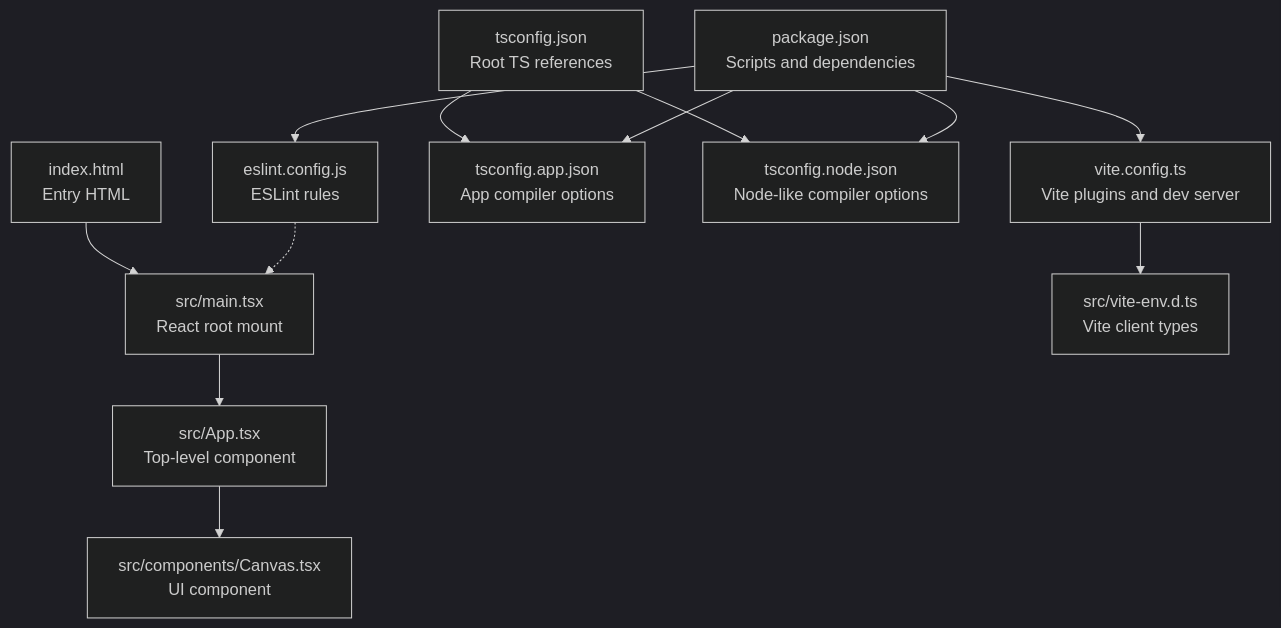
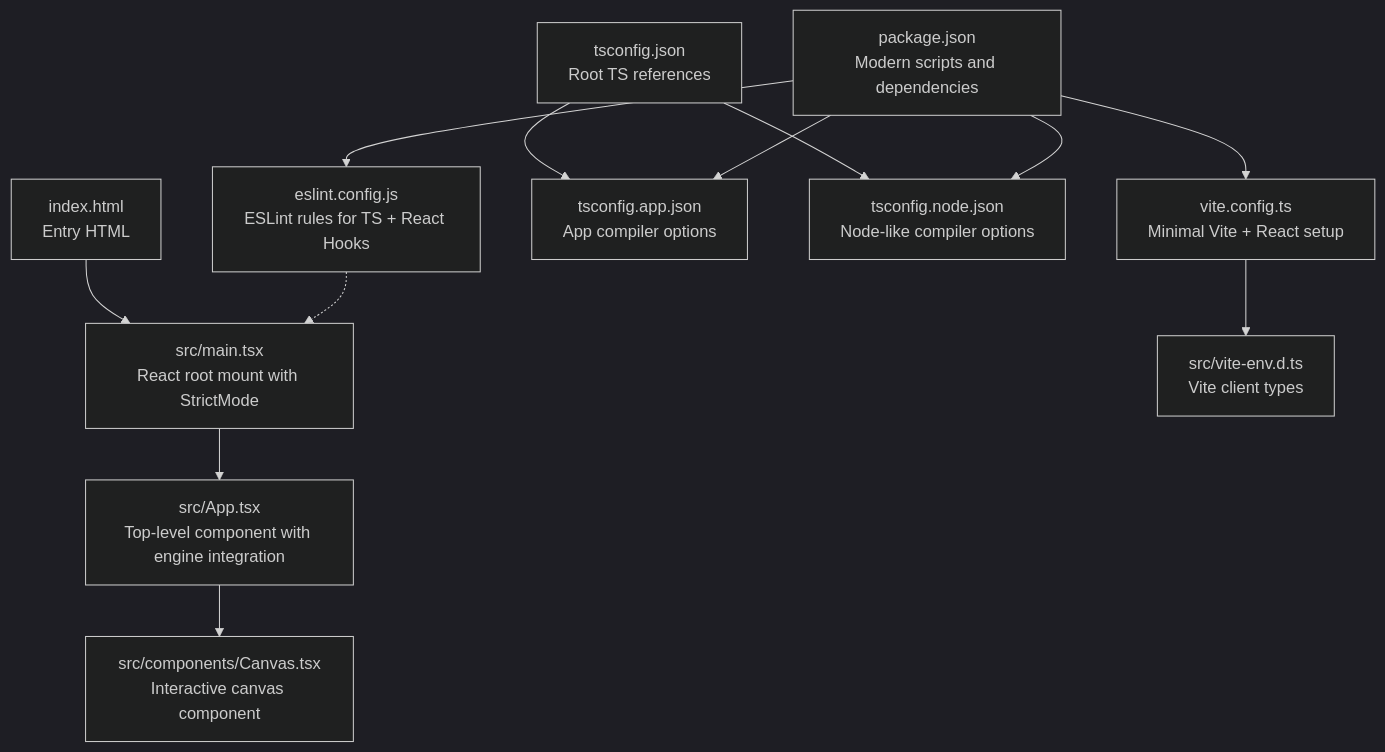
Before and after one commit to Anna0314zy/ai_editor_enginer: the first of 8 diagrams in .qoder/repowiki/en/content/Build and Development.md, drawn with Mermaid (dark theme). The commit also changed other lines of this file and 41 other files, not shown here.

````diff
--- a/.qoder/repowiki/en/content/Build and Development.md
+++ b/.qoder/repowiki/en/content/Build and Development.md
@@ -44,14 +53,14 @@
 ```mermaid
 graph TB
-A["index.html<br/>Entry HTML"] --> B["src/main.tsx<br/>React root mount"]
-B --> C["src/App.tsx<br/>Top-level component"]
-C --> D["src/components/Canvas.tsx<br/>UI component"]
-E["vite.config.ts<br/>Vite plugins and dev server"] --> F["src/vite-env.d.ts<br/>Vite client types"]
+A["index.html<br/>Entry HTML"] --> B["src/main.tsx<br/>React root mount with StrictMode"]
+B --> C["src/App.tsx<br/>Top-level component with engine integration"]
+C --> D["src/components/Canvas.tsx<br/>Interactive canvas component"]
+E["vite.config.ts<br/>Minimal Vite + React setup"] --> F["src/vite-env.d.ts<br/>Vite client types"]
 G["tsconfig.json<br/>Root TS references"] --> H["tsconfig.app.json<br/>App compiler options"]
 G --> I["tsconfig.node.json<br/>Node-like compiler options"]
-J["eslint.config.js<br/>ESLint rules"] -.-> B
-K["package.json<br/>Scripts and dependencies"] --> E
+J["eslint.config.js<br/>ESLint rules for TS + React Hooks"] -.-> B
+K["package.json<br/>Modern scripts and dependencies"] --> E
 K --> J
 K --> H
 K --> I
 ```
````
